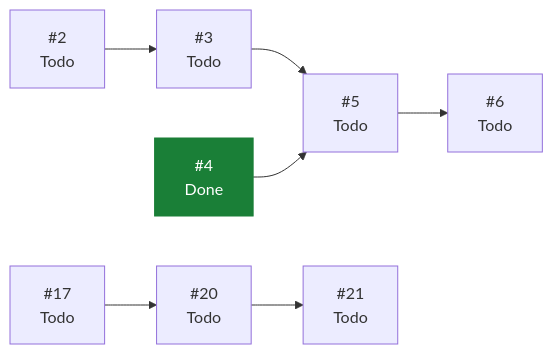
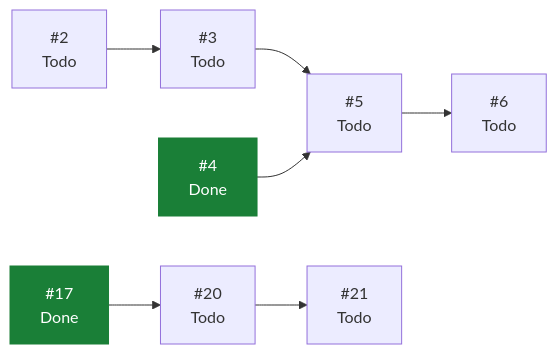
Before and after one commit to ecamp0s/evault: the diagram in docs/planning/STATUS.md, drawn with Mermaid. The commit also changed other lines of this file, not shown here.

````diff
--- a/docs/planning/STATUS.md
+++ b/docs/planning/STATUS.md
@@ -53,19 +53,19 @@
 ```mermaid
 graph LR
   I2["#2<br/>Todo"]
   I3["#3<br/>Todo"]
   I4["#4<br/>Done"]
   I5["#5<br/>Todo"]
   I6["#6<br/>Todo"]
-  I17["#17<br/>Todo"]
+  I17["#17<br/>Done"]
   I20["#20<br/>Todo"]
   I21["#21<br/>Todo"]
   I2 --> I3
   I3 --> I5
   I4 --> I5
   I5 --> I6
   I17 --> I20
   I20 --> I21
   classDef hecho fill:#1a7f37,stroke:#1a7f37,color:#fff;
-  class I4 hecho;
+  class I4,I17 hecho;
 ```
````
